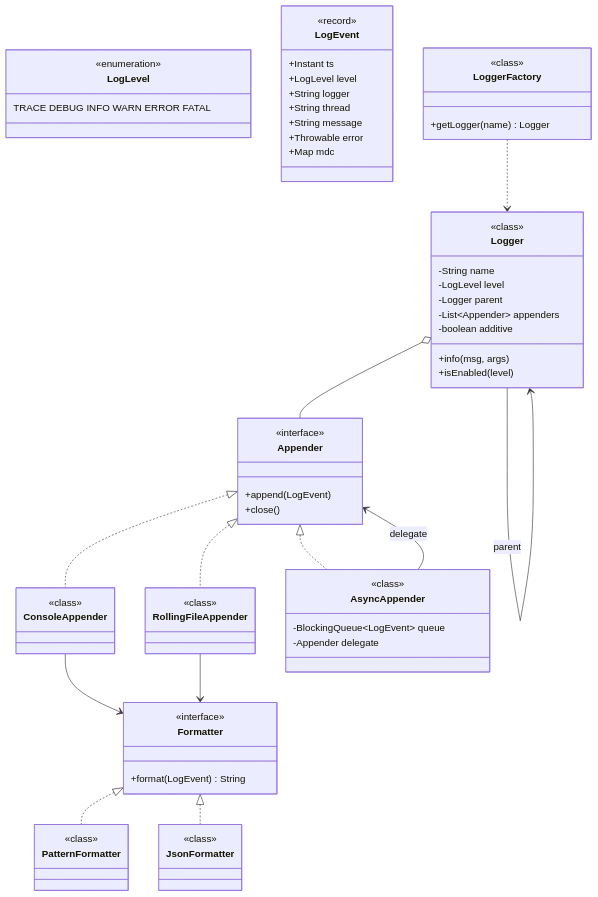
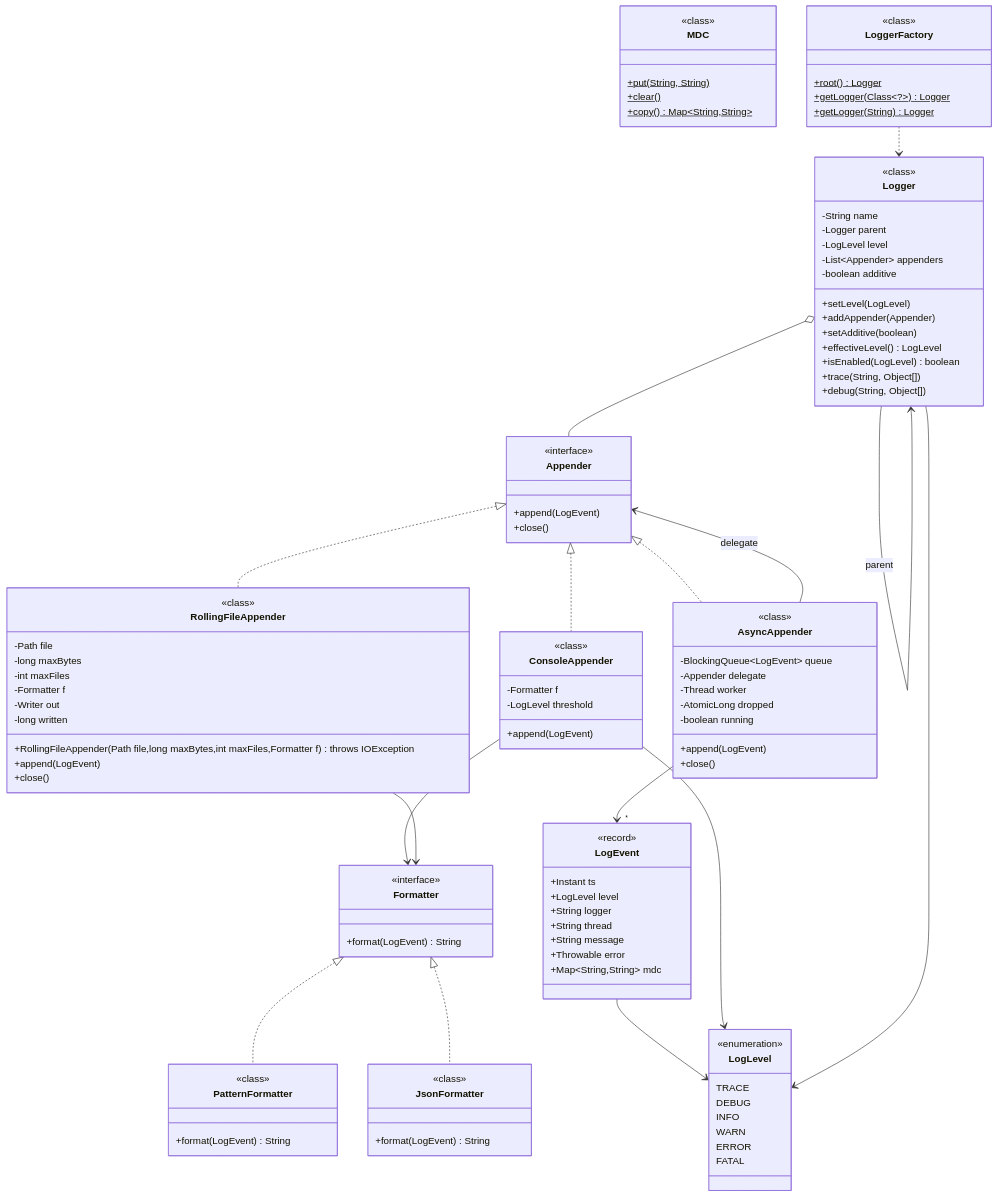
Before and after one commit to amarkum/amarkumar.guru: the first of 2 diagrams in system-design/lld/23-logging-framework.md, drawn with Mermaid. The commit also changed 27 other files, not shown here.

Commit message:
Rebuild every UML class diagram from its Java code, add a notes progress tracker, and make diagrams readable with zoom and a legend.

````diff
--- a/system-design/lld/23-logging-framework.md
+++ b/system-design/lld/23-logging-framework.md
@@ -42,7 +42,12 @@
 classDiagram
     class LogLevel {
       <<enumeration>>
-      TRACE DEBUG INFO WARN ERROR FATAL
+      TRACE
+      DEBUG
+      INFO
+      WARN
+      ERROR
+      FATAL
     }
     class LogEvent {
       <<record>>
@@ -52,19 +57,25 @@
       +String thread
       +String message
       +Throwable error
-      +Map mdc
+      +Map~String,String~ mdc
     }
-    class Logger {
-      -String name
-      -LogLevel level
-      -Logger parent
-      -List~Appender~ appenders
-      -boolean additive
-      +info(msg, args)
-      +isEnabled(level)
+    class MDC {
+      <<class>>
+      +put(String, String)$
+      +clear()$
+      +copy()$ Map~String,String~
     }
-    class LoggerFactory {
-      +getLogger(name) Logger
+    class Formatter {
+      <<interface>>
+      +format(LogEvent) String
+    }
+    class PatternFormatter {
+      <<class>>
+      +format(LogEvent) String
+    }
+    class JsonFormatter {
+      <<class>>
+      +format(LogEvent) String
     }
     class Appender {
       <<interface>>
@@ -73,23 +84,52 @@
     }
     class ConsoleAppender {
       <<class>>
+      -Formatter f
+      -LogLevel threshold
+      +append(LogEvent)
     }
     class RollingFileAppender {
       <<class>>
+      -Path file
+      -long maxBytes
+      -int maxFiles
+      -Formatter f
+      -Writer out
+      -long written
+      +RollingFileAppender(Path file,long maxBytes,int maxFiles,Formatter f) throws IOException
+      +append(LogEvent)
+      +close()
     }
     class AsyncAppender {
+      <<class>>
       -BlockingQueue~LogEvent~ queue
       -Appender delegate
+      -Thread worker
+      -AtomicLong dropped
+      -boolean running
+      +append(LogEvent)
+      +close()
     }
-    class Formatter {
-      <<interface>>
-      +format(LogEvent) String
+    class Logger {
+      <<class>>
+      -String name
+      -Logger parent
+      -LogLevel level
+      -List~Appender~ appenders
+      -boolean additive
+      +setLevel(LogLevel)
+      +addAppender(Appender)
+      +setAdditive(boolean)
+      +effectiveLevel() LogLevel
+      +isEnabled(LogLevel) boolean
+      +trace(String, Object[])
+      +debug(String, Object[])
     }
-    class PatternFormatter {
+    class LoggerFactory {
       <<class>>
-    }
-    class JsonFormatter {
-      <<class>>
+      +root()$ Logger
+      +getLogger(Class~?~)$ Logger
+      +getLogger(String)$ Logger
     }
     Logger --> Logger : parent
     Logger o-- Appender
@@ -102,19 +142,8 @@
     Formatter <|.. PatternFormatter
     Formatter <|.. JsonFormatter
     LoggerFactory ..> Logger
-    class LoggerFactory {
-      <<class>>
-    }
-    class Logger {
-      <<class>>
-    }
-    class Formatter {
-      <<interface>>
-    }
-    class Appender {
-      <<interface>>
-    }
-    class AsyncAppender {
-      <<class>>
-    }
+    LogEvent --> LogLevel
+    ConsoleAppender --> LogLevel
+    AsyncAppender --> "*" LogEvent
+    Logger --> LogLevel
 ```
````
